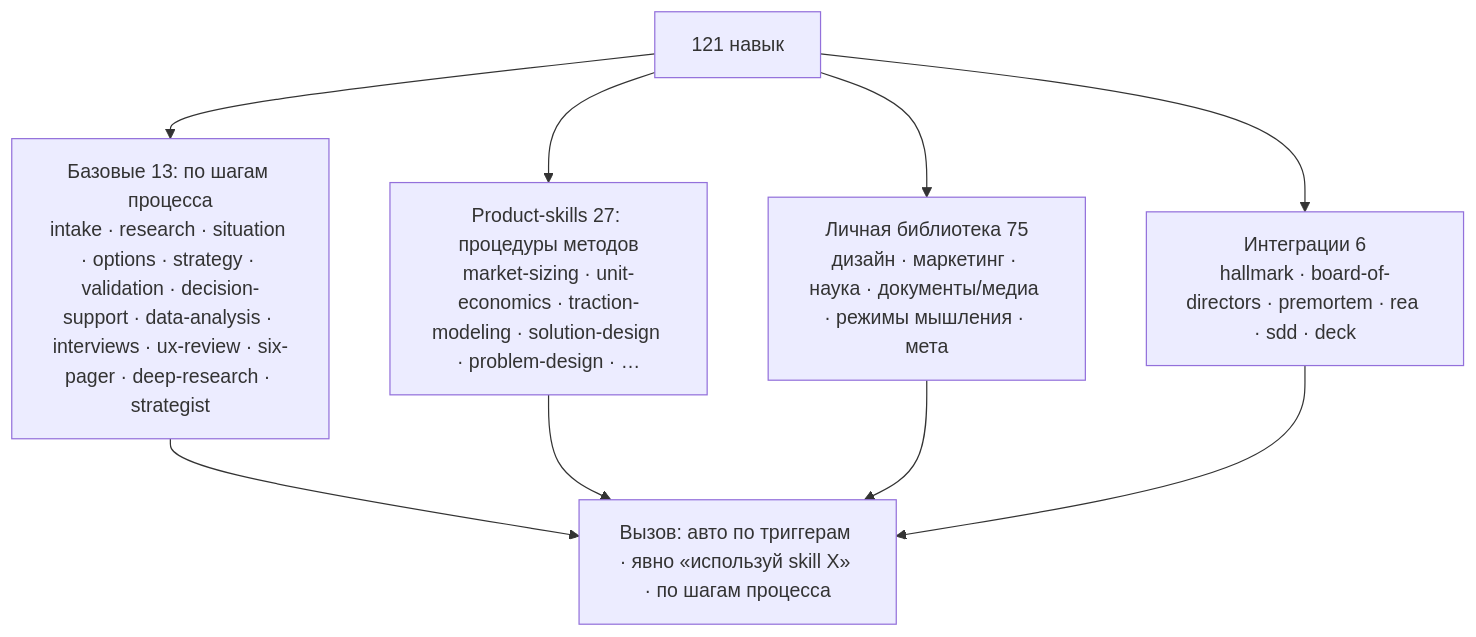
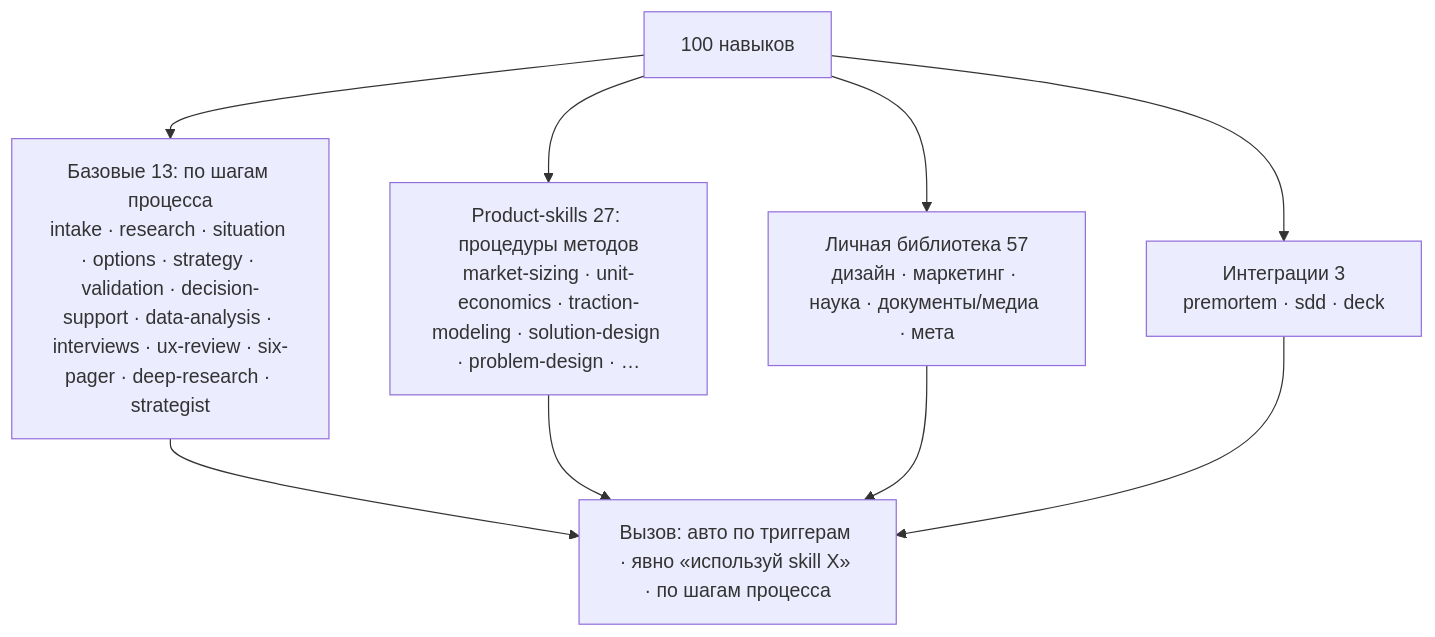
One commit to Fighter90/product-factory-strategist changed the third of 4 diagrams in README.md. Above: the diagram before and after it, drawn with Mermaid. The commit also changed other lines of this file and 379 other files, not shown here.

````diff
--- a/README.md
+++ b/README.md
@@ -220,8 +220,8 @@
 ```mermaid
 flowchart TB
-  SK["121 навык"] --> B["Базовые 13: по шагам процесса<br/>intake · research · situation · options · strategy · validation · decision-support · data-analysis · interviews · ux-review · six-pager · deep-research · strategist"]
+  SK["100 навыков"] --> B["Базовые 13: по шагам процесса<br/>intake · research · situation · options · strategy · validation · decision-support · data-analysis · interviews · ux-review · six-pager · deep-research · strategist"]
   SK --> P["Product-skills 27: процедуры методов<br/>market-sizing · unit-economics · traction-modeling · solution-design · problem-design · …"]
-  SK --> L["Личная библиотека 75<br/>дизайн · маркетинг · наука · документы/медиа · режимы мышления · мета"]
-  SK --> INT["Интеграции 6<br/>hallmark · board-of-directors · premortem · rea · sdd · deck"]
+  SK --> L["Личная библиотека 57<br/>дизайн · маркетинг · наука · документы/медиа · мета"]
+  SK --> INT["Интеграции 3<br/>premortem · sdd · deck"]
   B & P & L & INT --> INV["Вызов: авто по триггерам · явно «используй skill X» · по шагам процесса"]
 ```
````
